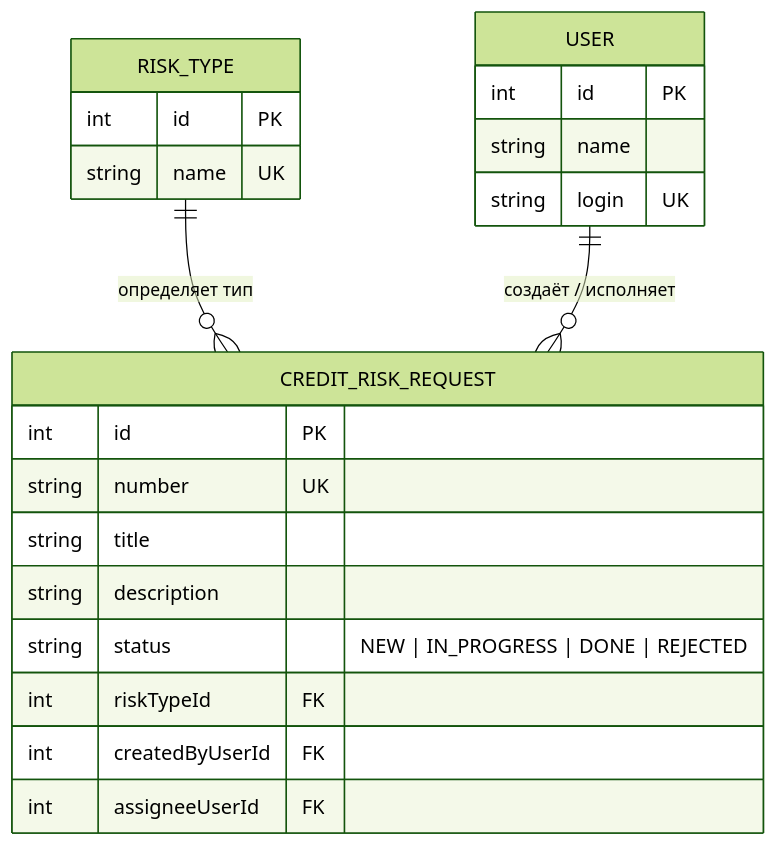
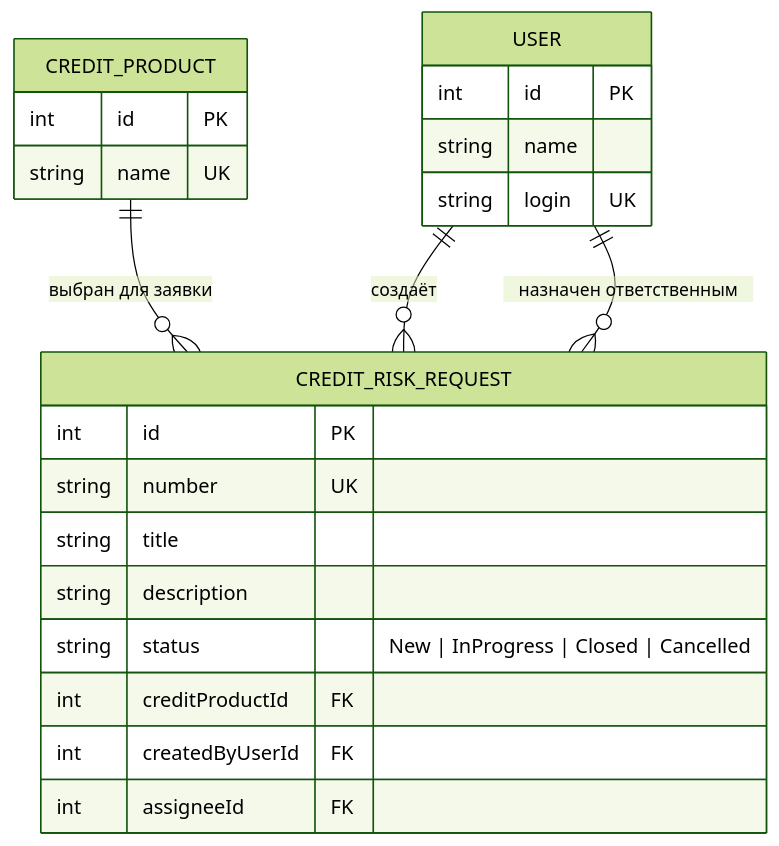
The diagram in data-model.md (ISMA52228/BarsGR), drawn with Mermaid (forest theme) before and after one commit. The commit also changed other lines of this file, not shown here.

````diff
--- a/data-model.md
+++ b/data-model.md
@@ -14,28 +13,28 @@
 ```mermaid
 erDiagram
+    CREDIT_PRODUCT ||--o{ CREDIT_RISK_REQUEST : "выбран для заявки"
+    USER ||--o{ CREDIT_RISK_REQUEST : "создаёт"
+    USER ||--o{ CREDIT_RISK_REQUEST : "назначен ответственным"
 
-    RISK_TYPE ||--o{ CREDIT_RISK_REQUEST : "определяет тип"
-    USER      ||--o{ CREDIT_RISK_REQUEST : "создаёт / исполняет"
-
-    RISK_TYPE {
-        int    id   PK
+    CREDIT_PRODUCT {
+        int id PK
         string name UK
     }
 
     USER {
-        int    id    PK
+        int id PK
         string name
         string login UK
     }
 
     CREDIT_RISK_REQUEST {
-        int    id               PK
-        string number           UK
+        int id PK
+        string number UK
         string title
         string description
-        string status           "NEW | IN_PROGRESS | DONE | REJECTED"
-        int    riskTypeId       FK
-        int    createdByUserId  FK
-        int    assigneeUserId   FK
+        string status "New | InProgress | Closed | Cancelled"
+        int creditProductId FK
+        int createdByUserId FK
+        int assigneeId FK
     }
 ```
````
